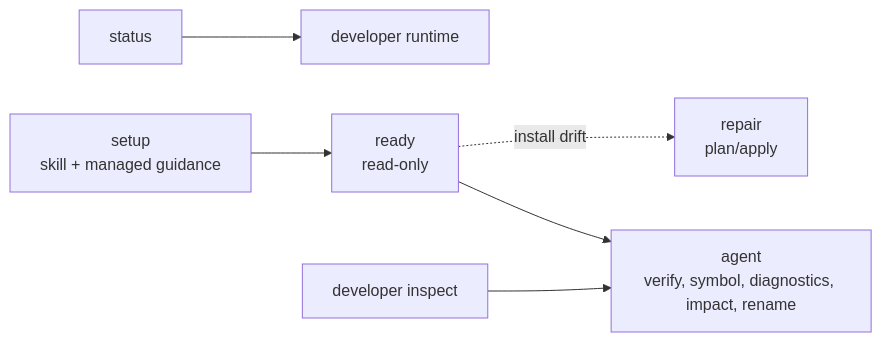
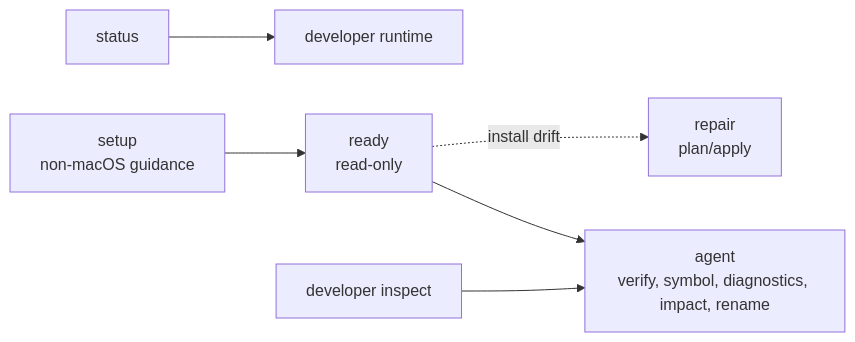
Before and after one commit to amichne/kast: the diagram in docs/commands/index.md, drawn with Mermaid. The commit also changed other lines of this file and 47 other files, not shown here.

Commit message:
feat: make macOS plugin the setup authority

````diff
--- a/docs/commands/index.md
+++ b/docs/commands/index.md
@@ -15,16 +15,16 @@
 ```mermaid
 flowchart LR
-    setup["setup<br/>skill + managed guidance"]
+    setup["setup<br/>non-macOS guidance"]
     ready["ready<br/>read-only"]
     repair["repair<br/>plan/apply"]
     status["status"]
     agent["agent<br/>verify, symbol, diagnostics, impact, rename"]
     runtime["developer runtime"]
     inspect["developer inspect"]
 
     setup --> ready
     ready --> agent
     ready -. install drift .-> repair
     status --> runtime
     inspect --> agent
 ```
````
